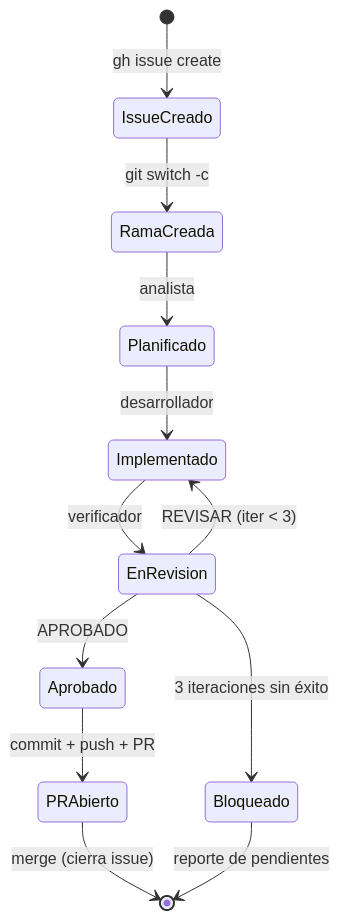
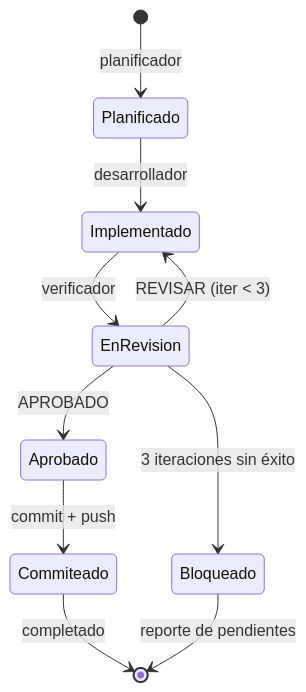
One commit to hispafox/DemoCopilot changed the fourth of 6 diagrams in docs/ARQUITECTURA-AGENTES.md. Above: the diagram before and after it, drawn with Mermaid. The commit also changed other lines of this file and 3 other files, not shown here.

````diff
--- a/docs/ARQUITECTURA-AGENTES.md
+++ b/docs/ARQUITECTURA-AGENTES.md
@@ -159,14 +133,12 @@
 ```mermaid
 stateDiagram-v2
-    [*] --> IssueCreado: gh issue create
-    IssueCreado --> RamaCreada: git switch -c
-    RamaCreada --> Planificado: analista
+    [*] --> Planificado: planificador
     Planificado --> Implementado: desarrollador
     Implementado --> EnRevision: verificador
     EnRevision --> Implementado: REVISAR (iter < 3)
     EnRevision --> Aprobado: APROBADO
     EnRevision --> Bloqueado: 3 iteraciones sin éxito
-    Aprobado --> PRAbierto: commit + push + PR
-    PRAbierto --> [*]: merge (cierra issue)
+    Aprobado --> Commiteado: commit + push
+    Commiteado --> [*]: completado
     Bloqueado --> [*]: reporte de pendientes
 ```
````
